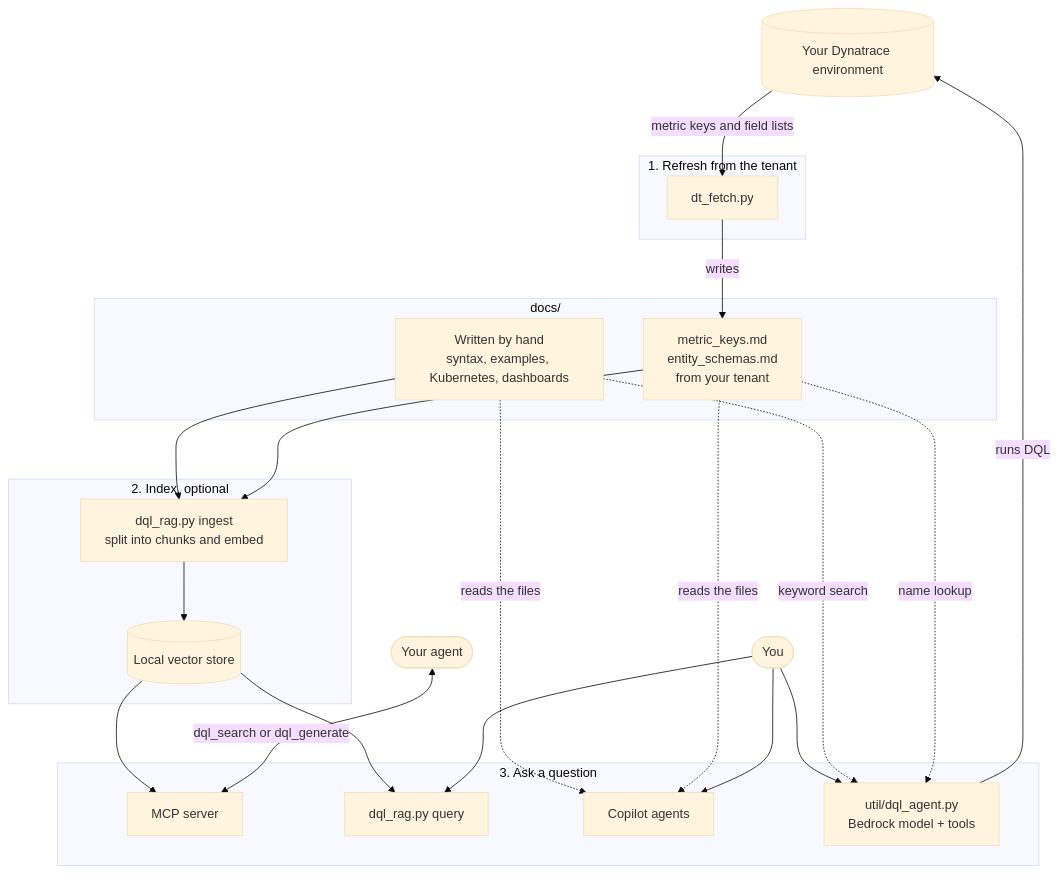
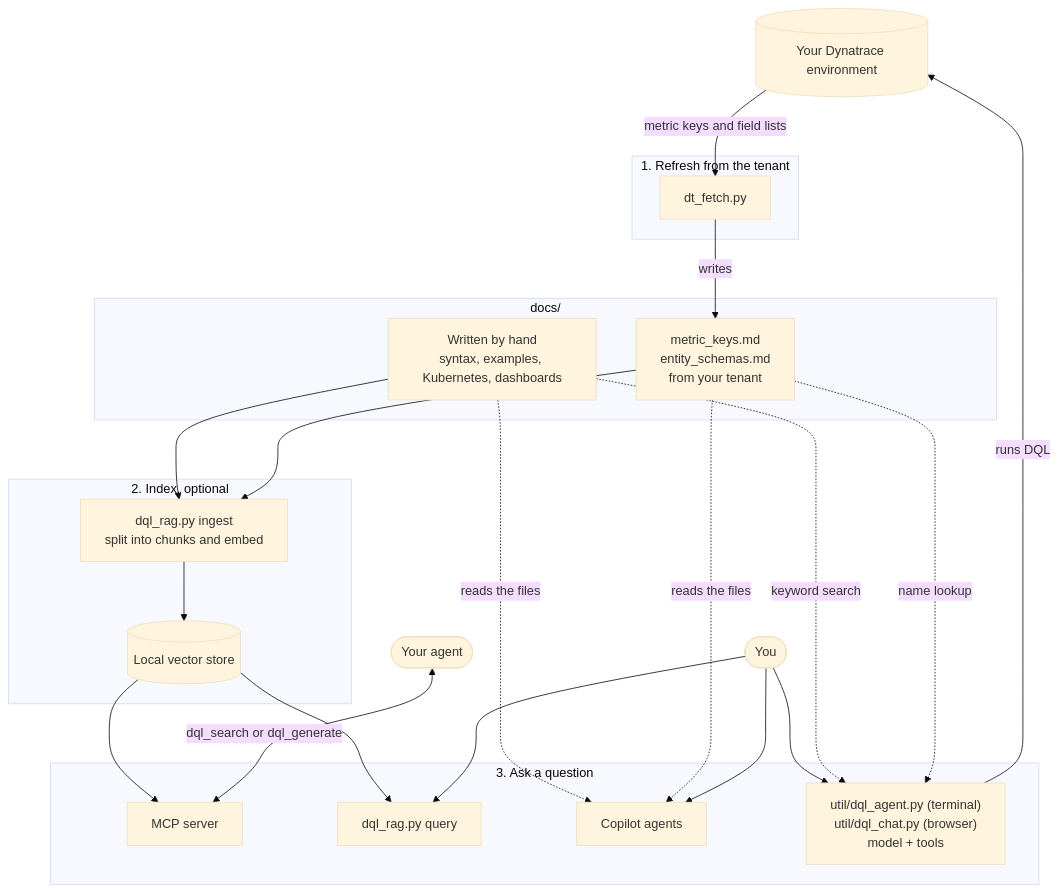
One commit to aachtenberg/dynatrace-dql-kb changed the first of 3 diagrams in ARCHITECTURE.md. Above: the diagram before and after it, drawn with Mermaid (base theme). The commit also changed other lines of this file and 7 other files, not shown here.

First line of the commit message:
dql_chat: container image and docs, including AWS deployment

````diff
--- a/ARCHITECTURE.md
+++ b/ARCHITECTURE.md
@@ -13,42 +13,42 @@
 ```mermaid
 flowchart TB
     DT[("Your Dynatrace environment")]
 
     subgraph populate["1. Refresh from the tenant"]
         FETCH["dt_fetch.py"]
     end
     DT -->|"metric keys and field lists"| FETCH
 
     subgraph kb["docs/"]
         AUTHORED["Written by hand<br/>syntax, examples, Kubernetes, dashboards"]
         ENVDOCS["metric_keys.md<br/>entity_schemas.md<br/>from your tenant"]
     end
     FETCH -->|writes| ENVDOCS
 
     subgraph ingest["2. Index, optional"]
         ING["dql_rag.py ingest<br/>split into chunks and embed"]
         CHROMA[("Local vector store")]
     end
     AUTHORED --> ING
     ENVDOCS --> ING
     ING --> CHROMA
 
     subgraph consume["3. Ask a question"]
         MCP["MCP server"]
         CLI["dql_rag.py query"]
         COPILOT["Copilot agents"]
-        DQLAGENT["util/dql_agent.py<br/>Bedrock model + tools"]
+        DQLAGENT["util/dql_agent.py (terminal)<br/>util/dql_chat.py (browser)<br/>model + tools"]
     end
     CHROMA --> MCP
     CHROMA --> CLI
     AUTHORED -. "reads the files" .-> COPILOT
     ENVDOCS -. "reads the files" .-> COPILOT
 
     AGENT(["Your agent"]) <-->|"dql_search or dql_generate"| MCP
     USER(["You"]) --> CLI
     USER --> COPILOT
     USER --> DQLAGENT
     AUTHORED -. "keyword search" .-> DQLAGENT
     ENVDOCS -. "name lookup" .-> DQLAGENT
     DQLAGENT -->|"runs DQL"| DT
 ```
````
